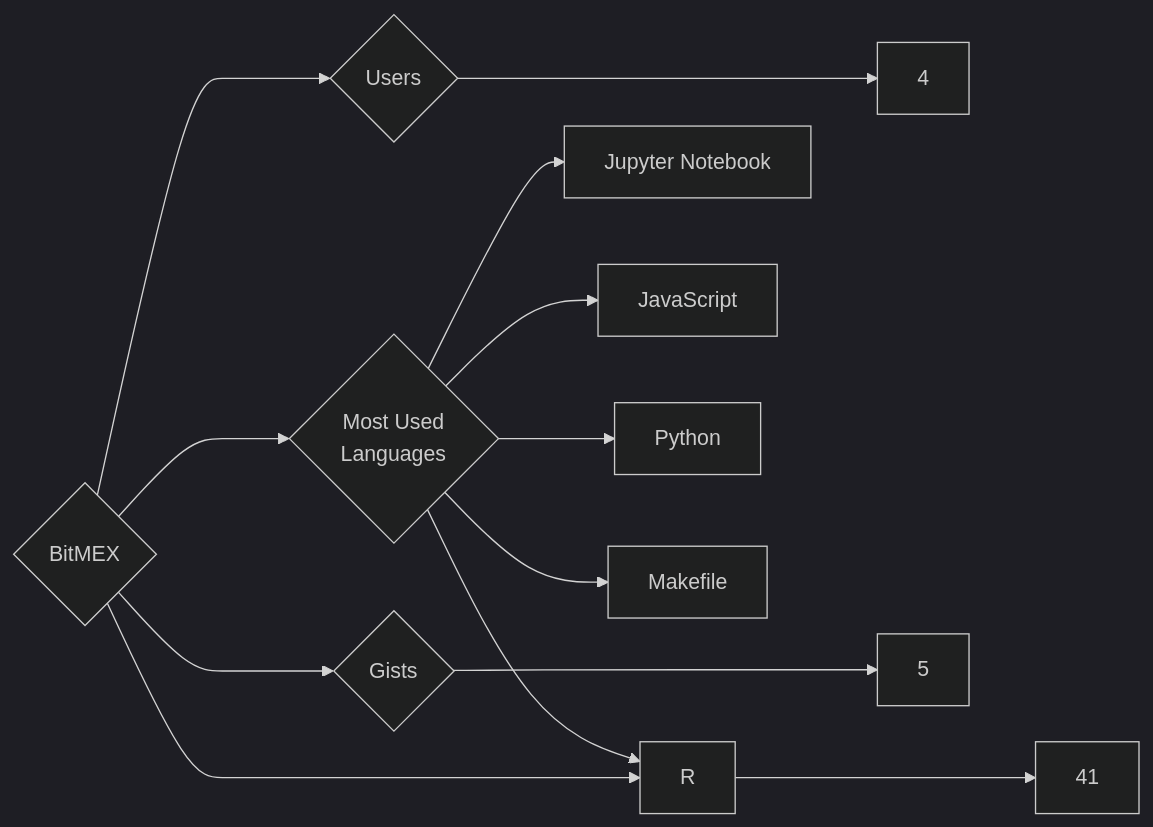
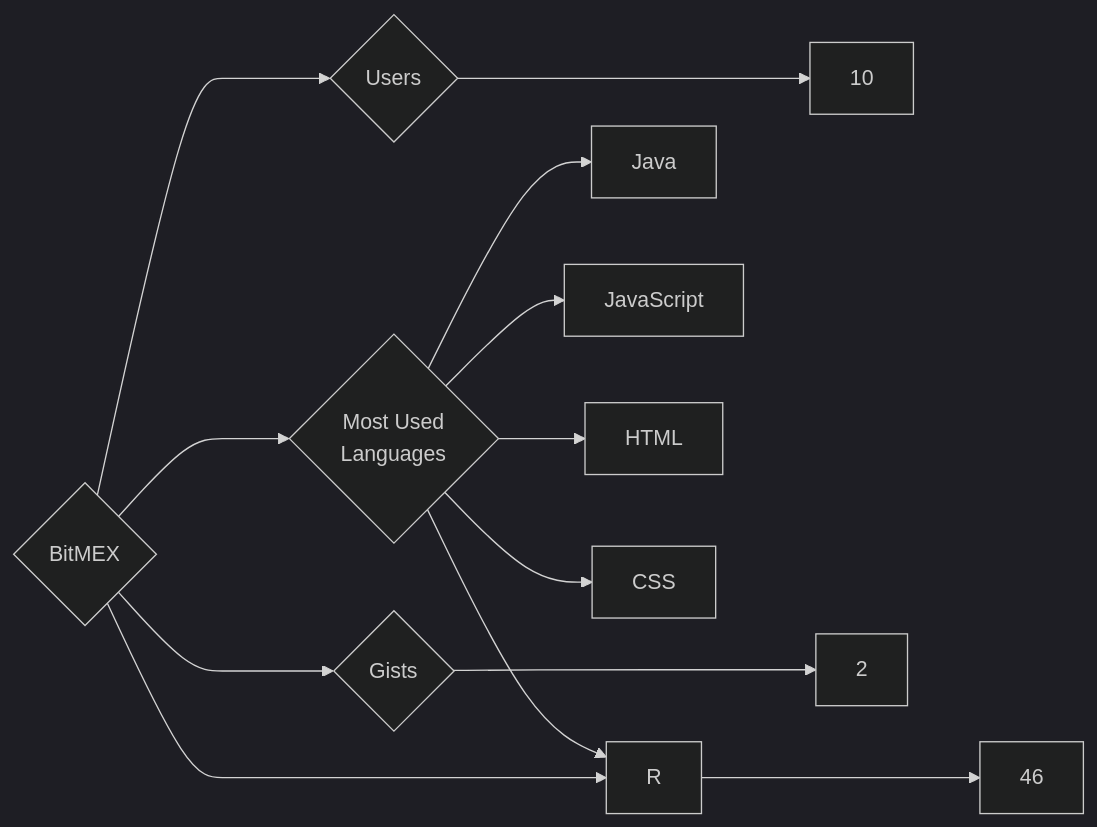
One commit to trickest/insiders changed the diagram in targets/BitMEX/README.md. Above: the diagram before and after it, drawn with Mermaid (dark theme). The commit also changed 1088 other files, not shown here.

````diff
--- a/targets/BitMEX/README.md
+++ b/targets/BitMEX/README.md
@@ -3,13 +3,13 @@
 ```mermaid
 graph LR
 COMPANY_NAME{BitMEX}
-COMPANY_NAME ---> U{Users} ---> UN[4]
-COMPANY_NAME ---> R{Repositories} ---> RN[41]
-COMPANY_NAME ---> G{Gists} ---> GN[5]
+COMPANY_NAME ---> U{Users} ---> UN[10]
+COMPANY_NAME ---> R{Repositories} ---> RN[46]
+COMPANY_NAME ---> G{Gists} ---> GN[2]
 COMPANY_NAME ---> ML{Most Used<br>Languages}
-ML --> Jupyter_Notebook[Jupyter Notebook]
+ML --> Java[Java]
 ML --> JavaScript[JavaScript]
+ML --> HTML[HTML]
+ML --> CSS[CSS]
 ML --> R[R]
-ML --> Python[Python]
-ML --> Makefile[Makefile]
 ```
````
